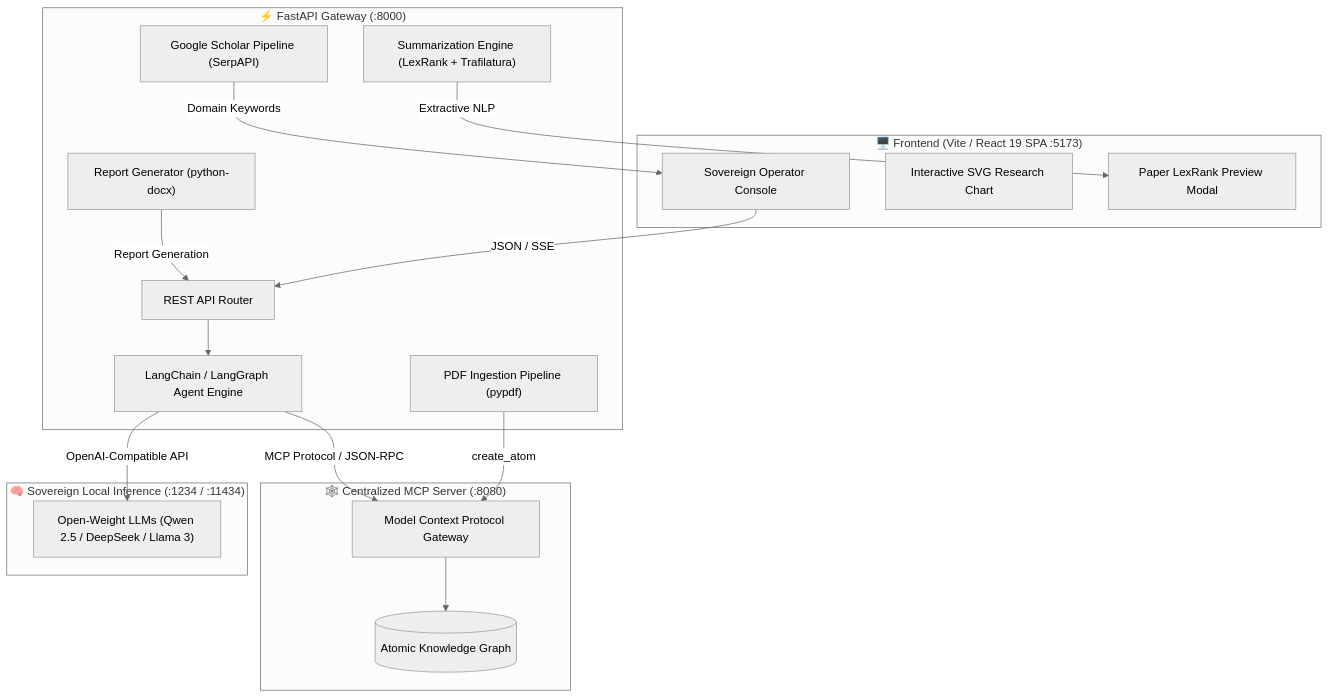
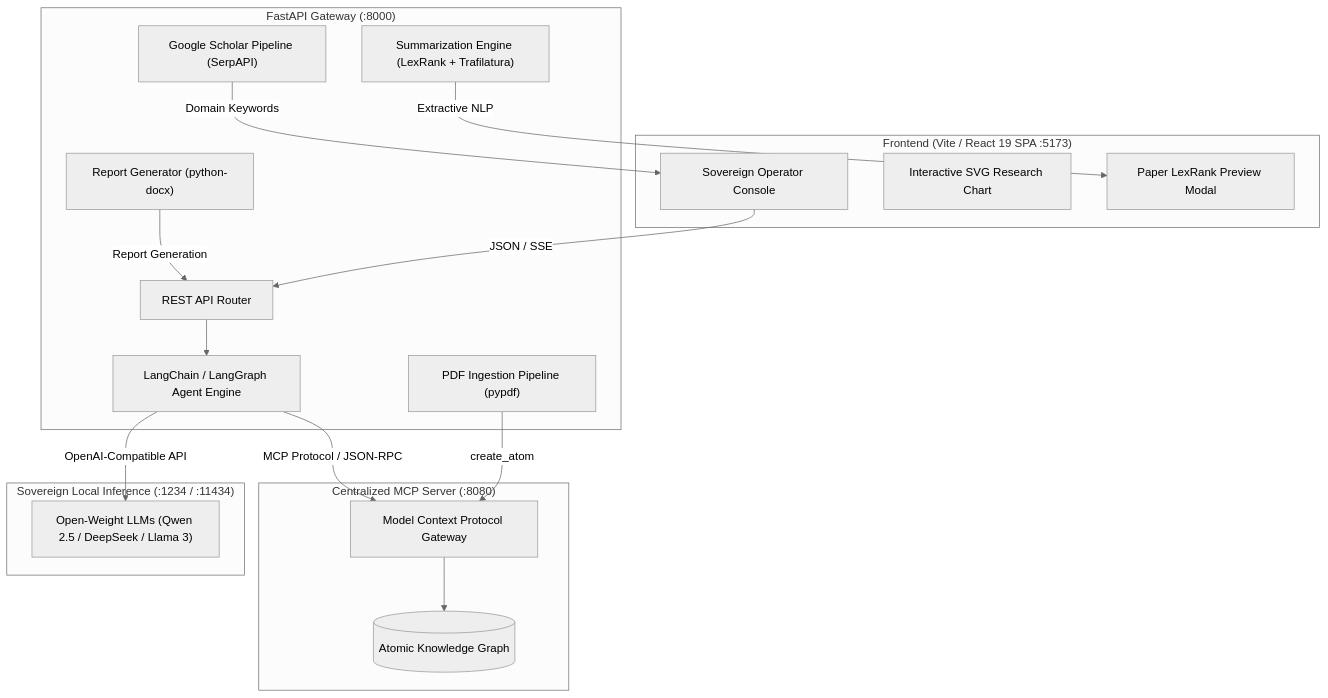
One commit to vaibhav7549/sovereign-industrial-workbench changed the diagram in README.md. Above: the diagram before and after it, drawn with Mermaid (neutral theme). The commit also changed other lines of this file, not shown here.

````diff
--- a/README.md
+++ b/README.md
@@ -41,36 +42,36 @@
 ```mermaid
 graph TD
-    subgraph Frontend ["🖥️ Frontend (Vite / React 19 SPA :5173)"]
+    subgraph Frontend ["Frontend (Vite / React 19 SPA :5173)"]
         UI["Sovereign Operator Console"]
         Chart["Interactive SVG Research Chart"]
         LexRank["Paper LexRank Preview Modal"]
     end
 
-    subgraph Backend ["⚡ FastAPI Gateway (:8000)"]
+    subgraph Backend ["FastAPI Gateway (:8000)"]
         API["REST API Router"]
         Agent["LangChain / LangGraph Agent Engine"]
         DocParser["PDF Ingestion Pipeline (pypdf)"]
         Scholar["Google Scholar Pipeline (SerpAPI)"]
         Sumy["Summarization Engine (LexRank + Trafilatura)"]
         Docx["Report Generator (python-docx)"]
     end
 
-    subgraph OnPremInference ["🧠 Sovereign Local Inference (:1234 / :11434)"]
+    subgraph OnPremInference ["Sovereign Local Inference (:1234 / :11434)"]
         LLM["Open-Weight LLMs (Qwen 2.5 / DeepSeek / Llama 3)"]
     end
 
-    subgraph KnowledgeSystem ["🕸️ Centralized MCP Server (:8080)"]
+    subgraph KnowledgeSystem ["Centralized MCP Server (:8080)"]
         MCP["Model Context Protocol Gateway"]
         KG[("Atomic Knowledge Graph")]
     end
 
     UI -->|JSON / SSE| API
     API --> Agent
     Agent -->|OpenAI-Compatible API| LLM
     Agent -->|MCP Protocol / JSON-RPC| MCP
     MCP --> KG
     DocParser -->|create_atom| MCP
     Scholar -->|Domain Keywords| UI
     Sumy -->|Extractive NLP| LexRank
     Docx -->|Report Generation| API
 ```
````
